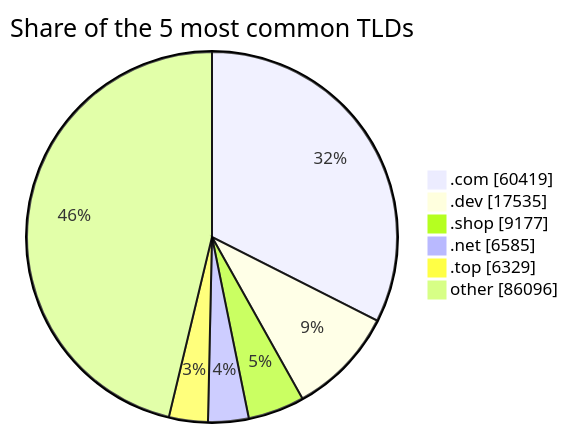
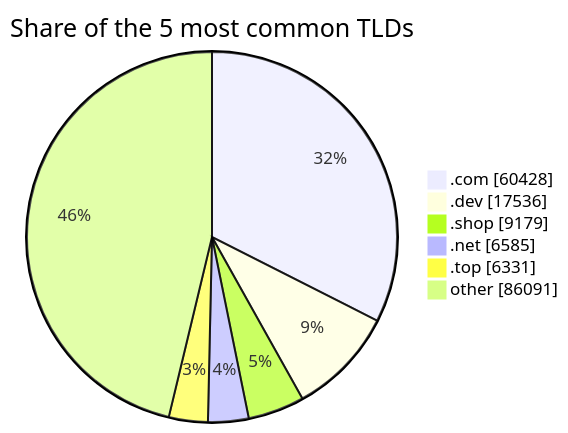
One commit to DNSBunker/CTI changed the third of 3 diagrams in README.md. Above: the diagram before and after it, drawn with Mermaid. The commit also changed other lines of this file and 3 other files, not shown here.

````diff
--- a/README.md
+++ b/README.md
@@ -81,9 +81,9 @@
 ```mermaid
 pie showData title Share of the 5 most common TLDs
-    ".com" : 60419
-    ".dev" : 17535
-    ".shop" : 9177
+    ".com" : 60428
+    ".dev" : 17536
+    ".shop" : 9179
     ".net" : 6585
-    ".top" : 6329
-    "other" : 86096
+    ".top" : 6331
+    "other" : 86091
 ```
````
